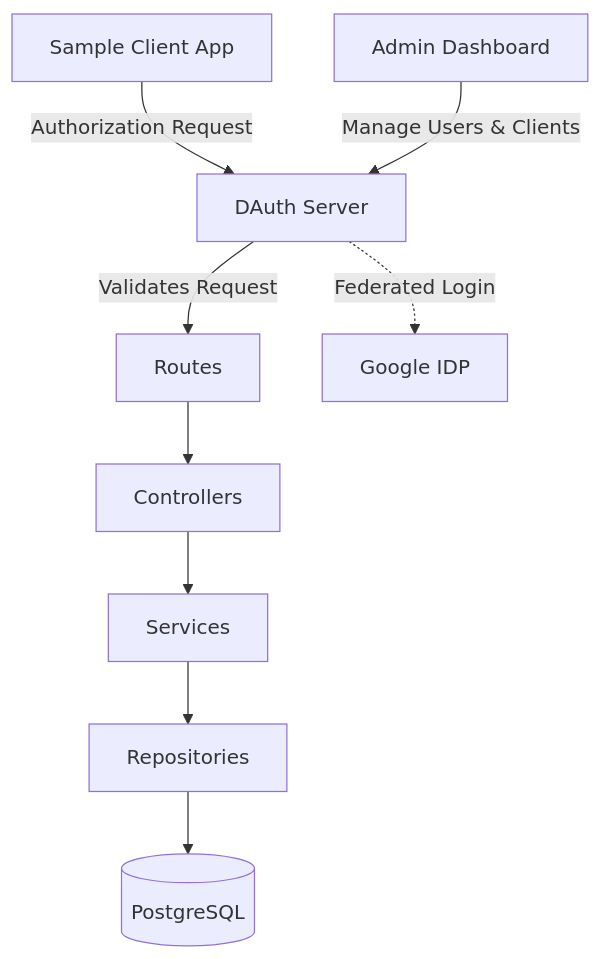
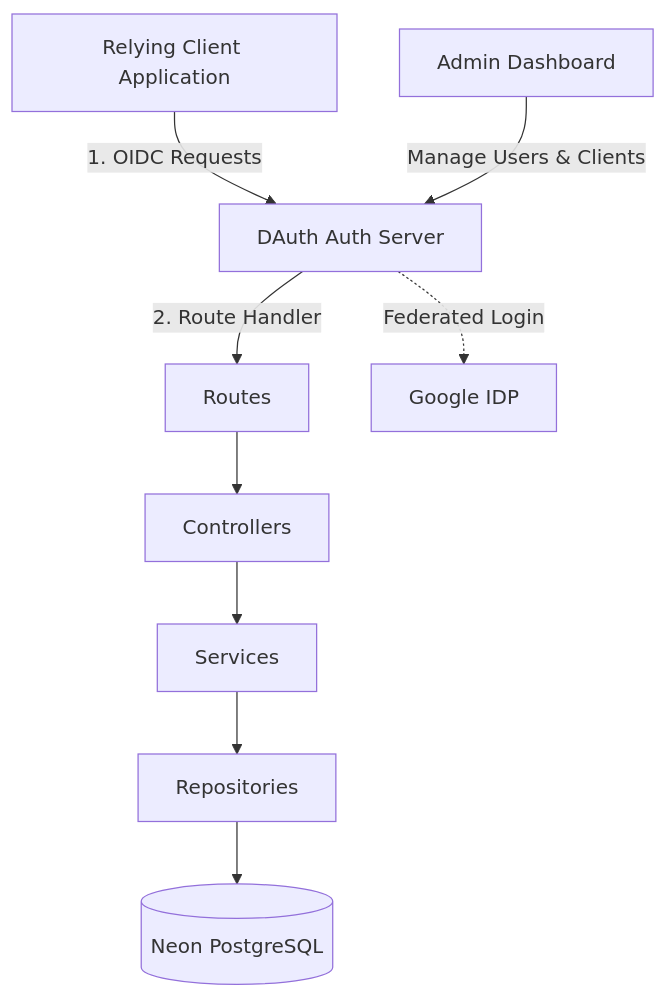
Before and after one commit to darshansapnar/DAuth---OpenIDConnect-server: the diagram in README.md, drawn with Mermaid. The commit also changed other lines of this file and 15 other files, not shown here.

Commit message:
feat(sdk): implement @dauth/sdk and @dauth/react packages with automatic token refresh, ProtectedRoute component, and clientType validations

````diff
--- a/README.md
+++ b/README.md
@@ -29,12 +25,12 @@
 ```mermaid
 graph TD
-    Client[Sample Client App] -->|Authorization Request| Auth[DAuth Server]
-    Auth -->|Validates Request| Routes
+    Client[Relying Client Application] -->|1. OIDC Requests| Auth[DAuth Auth Server]
+    Auth -->|2. Route Handler| Routes
     Routes --> Controllers
     Controllers --> Services
     Services --> Repositories
-    Repositories --> DB[(PostgreSQL)]
+    Repositories --> DB[(Neon PostgreSQL)]
     
     Auth -.->|Federated Login| Google[Google IDP]
     Admin[Admin Dashboard] -->|Manage Users & Clients| Auth
 ```
````
